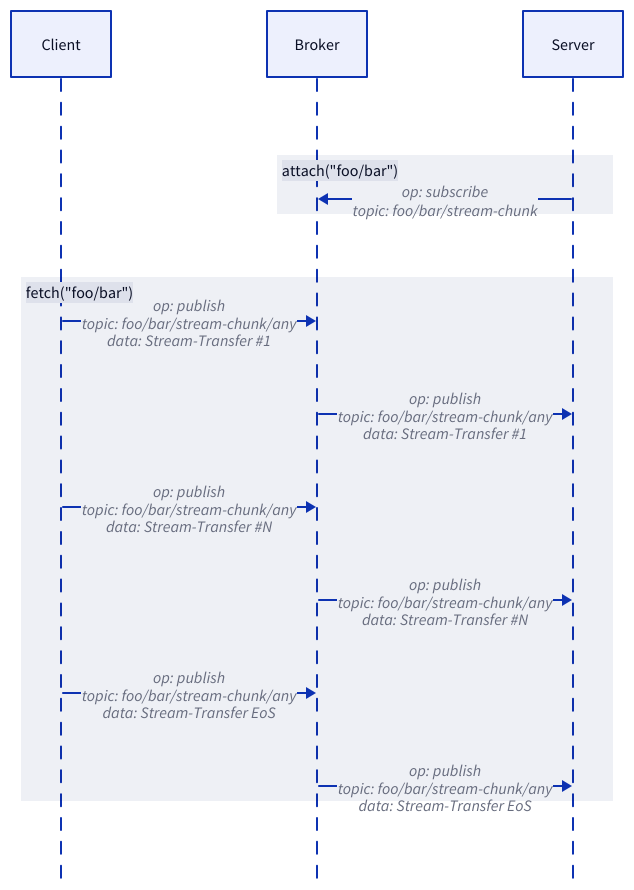
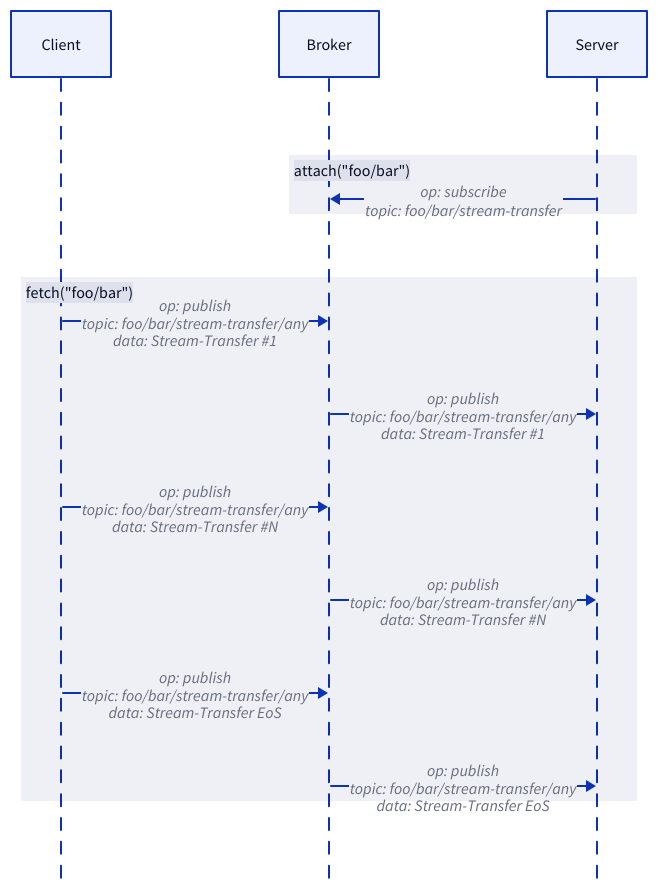
The diagram in doc/mqtt-plus-2-stream-transfer.d2 (rse/mqtt-plus), drawn with D2 before and after one commit. The commit also changed 5 other files, not shown here.

Commit message:
update diagrams

```diff
--- a/doc/mqtt-plus-2-stream-transfer.d2
+++ b/doc/mqtt-plus-2-stream-transfer.d2
@@ -1,21 +1,21 @@
 
 shape: sequence_diagram
 
 client: "Client"
 broker: "Broker"
 server: "Server"
 
 broker.class: brown
 
 attach("foo/bar") {
-    server -> broker: "op: subscribe\ntopic: foo/bar/stream-chunk"
+    server -> broker: "op: subscribe\ntopic: foo/bar/stream-transfer"
 }
 
 fetch("foo/bar") {
-    client -> broker: "op: publish\ntopic: foo/bar/stream-chunk/any\ndata: Stream-Transfer #1"
-    broker -> server: "op: publish\ntopic: foo/bar/stream-chunk/any\ndata: Stream-Transfer #1"
-    client -> broker: "op: publish\ntopic: foo/bar/stream-chunk/any\ndata: Stream-Transfer #N"
-    broker -> server: "op: publish\ntopic: foo/bar/stream-chunk/any\ndata: Stream-Transfer #N"
-    client -> broker: "op: publish\ntopic: foo/bar/stream-chunk/any\ndata: Stream-Transfer EoS"
-    broker -> server: "op: publish\ntopic: foo/bar/stream-chunk/any\ndata: Stream-Transfer EoS"
+    client -> broker: "op: publish\ntopic: foo/bar/stream-transfer/any\ndata: Stream-Transfer #1"
+    broker -> server: "op: publish\ntopic: foo/bar/stream-transfer/any\ndata: Stream-Transfer #1"
+    client -> broker: "op: publish\ntopic: foo/bar/stream-transfer/any\ndata: Stream-Transfer #N"
+    broker -> server: "op: publish\ntopic: foo/bar/stream-transfer/any\ndata: Stream-Transfer #N"
+    client -> broker: "op: publish\ntopic: foo/bar/stream-transfer/any\ndata: Stream-Transfer EoS"
+    broker -> server: "op: publish\ntopic: foo/bar/stream-transfer/any\ndata: Stream-Transfer EoS"
 }
```
